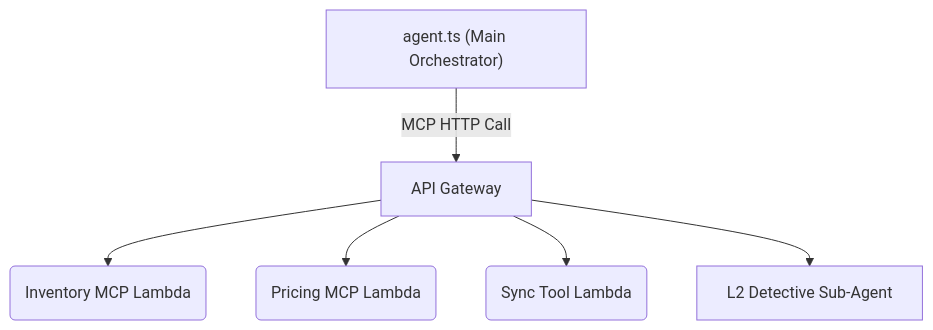
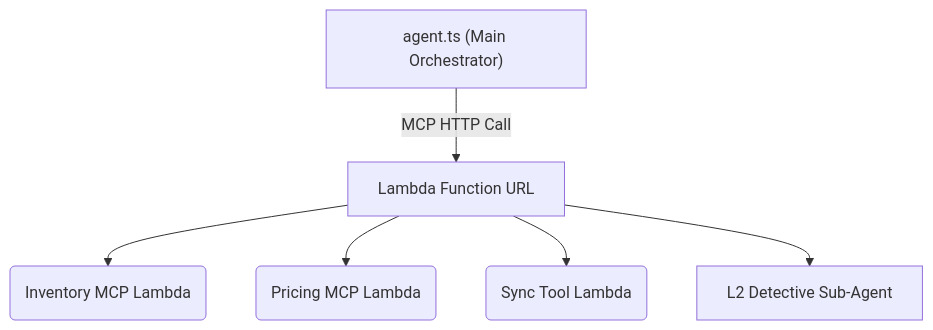
The first of 3 diagrams in ARCHITECTURE.md (sujithpvarghese/bedrock-agent-core-operations-hub-mcp), drawn with Mermaid before and after one commit. The commit also changed 1 other file, not shown here.

````diff
--- a/ARCHITECTURE.md
+++ b/ARCHITECTURE.md
@@ -16,9 +16,9 @@
 ```mermaid
 graph TD
-    Agent["agent.ts (Main Orchestrator)"] -->|"MCP HTTP Call"| HTTP_Gateway["API Gateway"]
+    Agent["agent.ts (Main Orchestrator)"] -->|"MCP HTTP Call"| LambdaURL["Lambda Function URL"]
     
-    HTTP_Gateway --> InvLambda("Inventory MCP Lambda")
-    HTTP_Gateway --> PriceLambda("Pricing MCP Lambda")
-    HTTP_Gateway --> SyncLambda("Sync Tool Lambda")
-    HTTP_Gateway --> SubAgent["L2 Detective Sub-Agent"]
+    LambdaURL --> InvLambda("Inventory MCP Lambda")
+    LambdaURL --> PriceLambda("Pricing MCP Lambda")
+    LambdaURL --> SyncLambda("Sync Tool Lambda")
+    LambdaURL --> SubAgent["L2 Detective Sub-Agent"]
 ```
````
